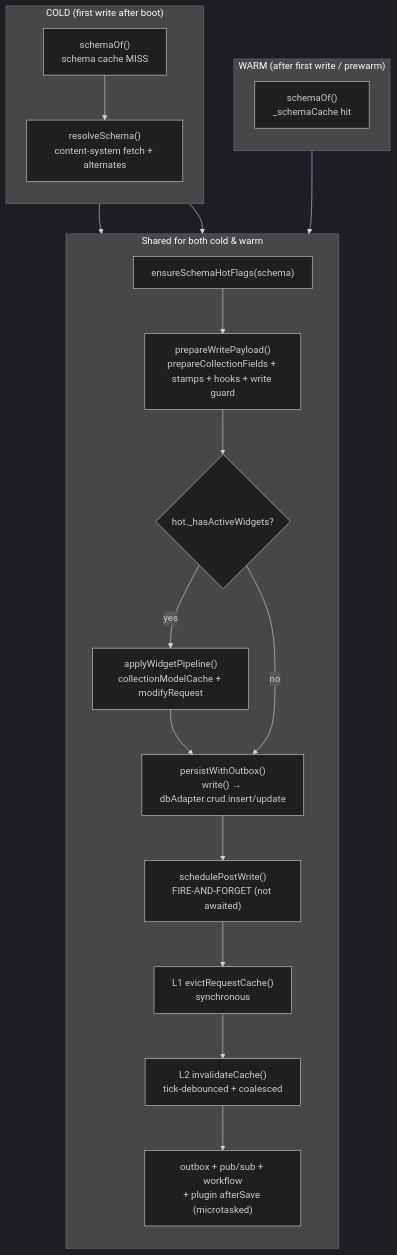
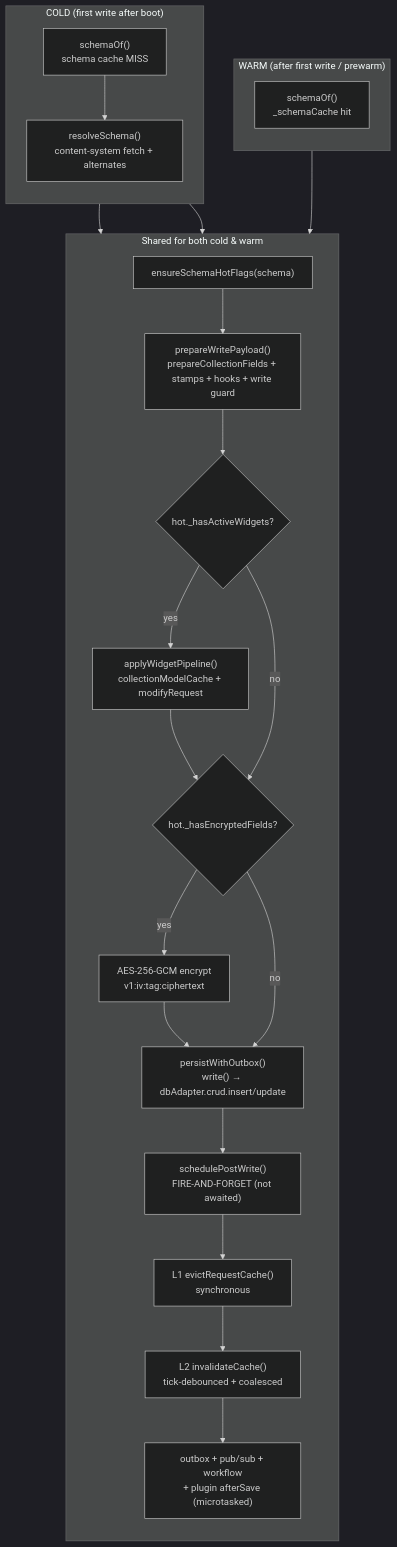
Before and after one commit to SveltyCMS/SveltyCMS: the diagram in docs/reference/database/write-path.mdx, drawn with Mermaid (dark theme). The commit also changed 67 other files, not shown here.

````diff
--- a/docs/reference/database/write-path.mdx
+++ b/docs/reference/database/write-path.mdx
@@ -31,40 +31,45 @@
 ```mermaid
 flowchart TD
     subgraph Warm["WARM (after first write / prewarm)"]
         direction TB
         SC["schemaOf()<br/>_schemaCache hit"]
     end
     subgraph Cold["COLD (first write after boot)"]
         direction TB
         SCc["schemaOf()<br/>schema cache MISS"]
         RS["resolveSchema()<br/>content-system fetch + alternates"]
     end
 
     subgraph Shared["Shared for both cold & warm"]
         direction TB
         HF["ensureSchemaHotFlags(schema)"]
         P["prepareWritePayload()<br/>prepareCollectionFields + stamps + hooks + write guard"]
         WP{"hot._hasActiveWidgets?"}
         W["applyWidgetPipeline()<br/>collectionModelCache + modifyRequest"]
+        ENC{"hot._hasEncryptedFields?"}
+        E["AES-256-GCM encrypt<br/>v1:iv:tag:ciphertext"]
         PO["persistWithOutbox()<br/>write() → dbAdapter.crud.insert/update"]
         SPW["schedulePostWrite()<br/>FIRE-AND-FORGET (not awaited)"]
         L1["L1 evictRequestCache()<br/>synchronous"]
         L2["L2 invalidateCache()<br/>tick-debounced + coalesced"]
         OUT["outbox + pub/sub + workflow<br/>+ plugin afterSave (microtasked)"]
     end
 
     SC --> HF
     SCc --> HF
     SCc --> RS
     RS --> HF
 
     HF --> P
     P --> WP
     WP -->|yes| W
-    W --> PO
-    WP -->|no| PO
+    W --> ENC
+    WP -->|no| ENC
+    ENC -->|yes| E
+    E --> PO
+    ENC -->|no| PO
     PO --> SPW
     SPW --> L1
     L1 --> L2
     L2 --> OUT
 ```
````
